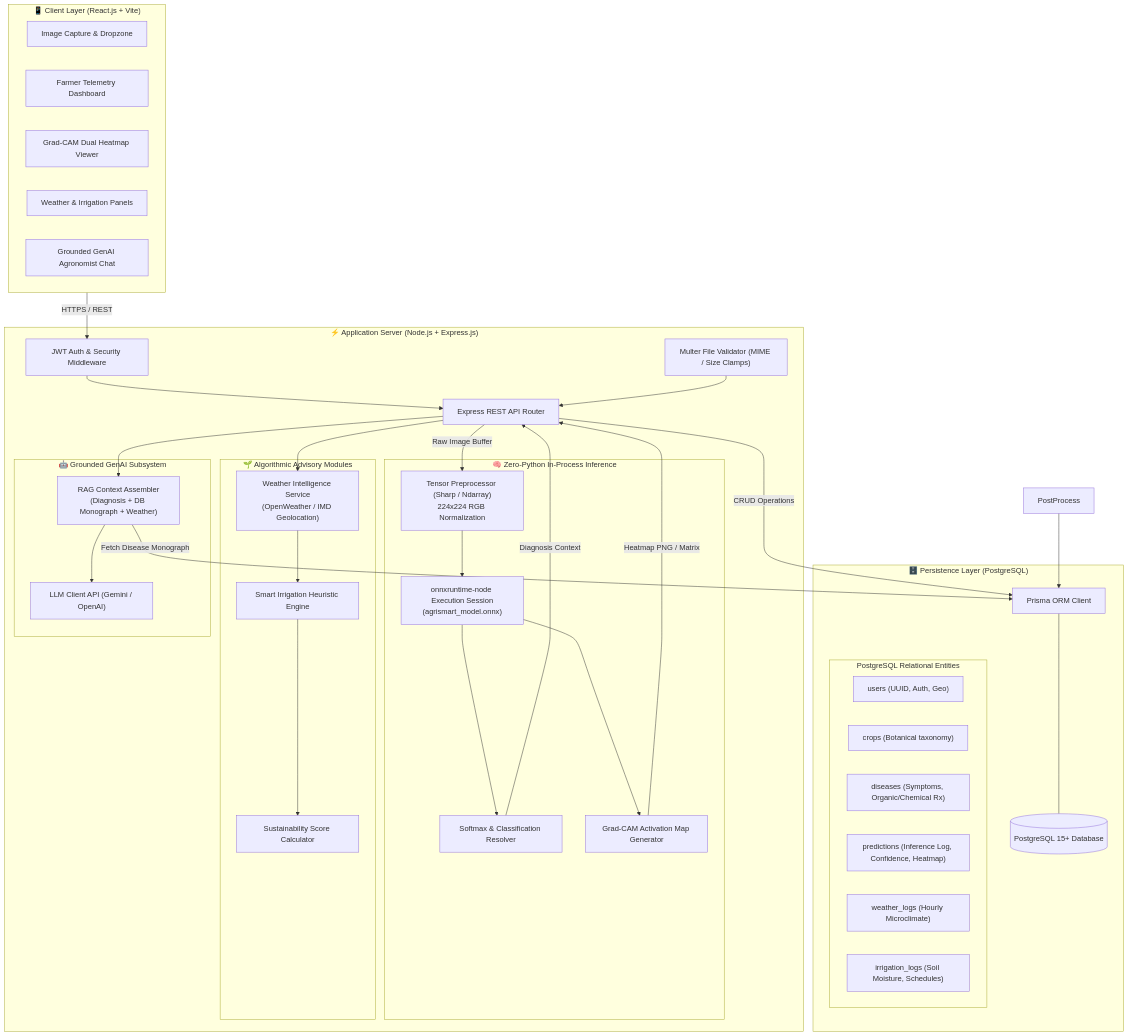
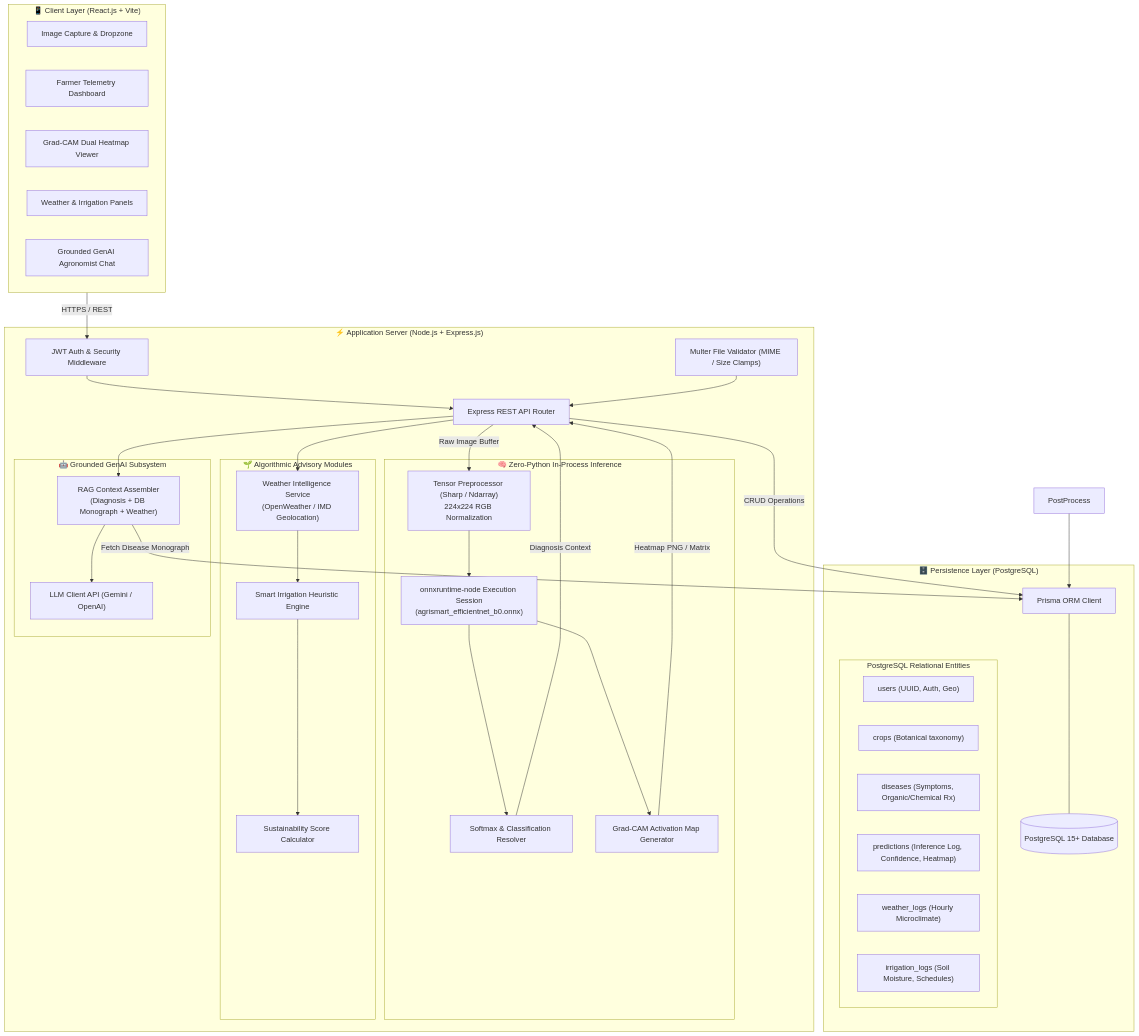
One commit to ShaikhMehrin786/AgriSmart-AI changed the first of 3 diagrams in architecture.md. Above: the diagram before and after it, drawn with Mermaid. The commit also changed other lines of this file and 20 other files, not shown here.

````diff
--- a/architecture.md
+++ b/architecture.md
@@ -20,75 +20,75 @@
 ```mermaid
 flowchart TD
     subgraph Client_Layer ["📱 Client Layer (React.js + Vite)"]
         UI_Upload["Image Capture & Dropzone"]
         UI_Dashboard["Farmer Telemetry Dashboard"]
         UI_GradCAM["Grad-CAM Dual Heatmap Viewer"]
         UI_Advisory["Weather & Irrigation Panels"]
         UI_Chat["Grounded GenAI Agronomist Chat"]
     end
 
     subgraph API_Gateway ["⚡ Application Server (Node.js + Express.js)"]
         Auth_MW["JWT Auth & Security Middleware"]
         Upload_MW["Multer File Validator (MIME / Size Clamps)"]
         Router["Express REST API Router"]
         
         Auth_MW --> Router
         Upload_MW --> Router
 
         subgraph InProcess_ML ["🧠 Zero-Python In-Process Inference"]
             PreProc["Tensor Preprocessor (Sharp / Ndarray)<br/>224x224 RGB Normalization"]
-            ONNX_Engine["onnxruntime-node Execution Session<br/>(agrismart_model.onnx)"]
+            ONNX_Engine["onnxruntime-node Execution Session<br/>(agrismart_efficientnet_b0.onnx)"]
             Softmax["Softmax & Classification Resolver"]
             GradCAM_Service["Grad-CAM Activation Map Generator"]
 
             PreProc --> ONNX_Engine
             ONNX_Engine --> Softmax
             ONNX_Engine --> GradCAM_Service
         end
 
         subgraph Advisory_Engines ["🌱 Algorithmic Advisory Modules"]
             Weather_Svc["Weather Intelligence Service<br/>(OpenWeather / IMD Geolocation)"]
             Irrig_Engine["Smart Irrigation Heuristic Engine"]
             Sust_Engine["Sustainability Score Calculator"]
 
             Weather_Svc --> Irrig_Engine
             Irrig_Engine --> Sust_Engine
         end
 
         subgraph GenAI_Module ["🤖 Grounded GenAI Subsystem"]
             Context_Assembler["RAG Context Assembler<br/>(Diagnosis + DB Monograph + Weather)"]
             LLM_Caller["LLM Client API (Gemini / OpenAI)"]
 
             Context_Assembler --> LLM_Caller
         end
     end
 
     subgraph Data_Layer ["🗄️ Persistence Layer (PostgreSQL)"]
         Prisma["Prisma ORM Client"]
         PG_DB[(PostgreSQL 15+ Database)]
         
         Prisma --- PG_DB
         
         subgraph PG_Tables ["PostgreSQL Relational Entities"]
             T_Users["users (UUID, Auth, Geo)"]
             T_Crops["crops (Botanical taxonomy)"]
             T_Diseases["diseases (Symptoms, Organic/Chemical Rx)"]
             T_Predictions["predictions (Inference Log, Confidence, Heatmap)"]
             T_Weather["weather_logs (Hourly Microclimate)"]
             T_Irrigation["irrigation_logs (Soil Moisture, Schedules)"]
         end
     end
 
     %% Flow Connections
     Client_Layer -->|"HTTPS / REST"| Auth_MW
     Router -->|"Raw Image Buffer"| PreProc
     Softmax -->|"Diagnosis Context"| Router
     GradCAM_Service -->|"Heatmap PNG / Matrix"| Router
     
     Router --> Weather_Svc
     Router --> Context_Assembler
     
     Router -->|"CRUD Operations"| Prisma
     Context_Assembler -->|"Fetch Disease Monograph"| Prisma
     PostProcess --> Prisma
 ```
````
